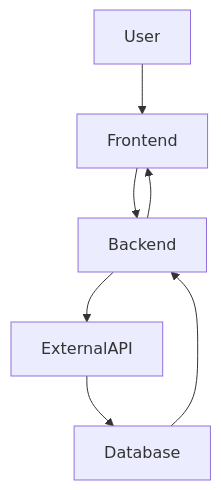
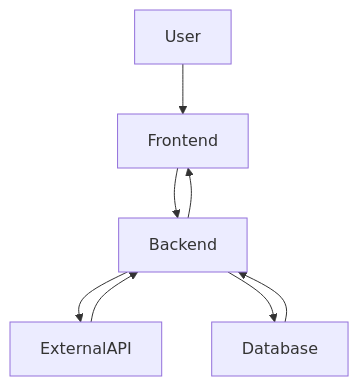
One commit to Group18SWE/Scientific_Literature_Knowledge_Graph changed the first of 3 diagrams in README.md. Above: the diagram before and after it, drawn with Mermaid.

Commit message:
Clarify high-level architecture diagram flow in README
Agent-Logs-Url: https://github.com/Group18SWE/Scientific_Literature_Knowledge_Graph/sessions/1d0adc81-cbc6-45a0-9a25-93704319a0f3

````diff
--- a/README.md
+++ b/README.md
@@ -20,4 +20,10 @@
 ```mermaid
 flowchart TD
-    User --> Frontend --> Backend --> ExternalAPI --> Database --> Backend --> Frontend
+    User --> Frontend
+    Frontend --> Backend
+    Backend --> ExternalAPI
+    ExternalAPI --> Backend
+    Backend --> Database
+    Database --> Backend
+    Backend --> Frontend
 ```
````
